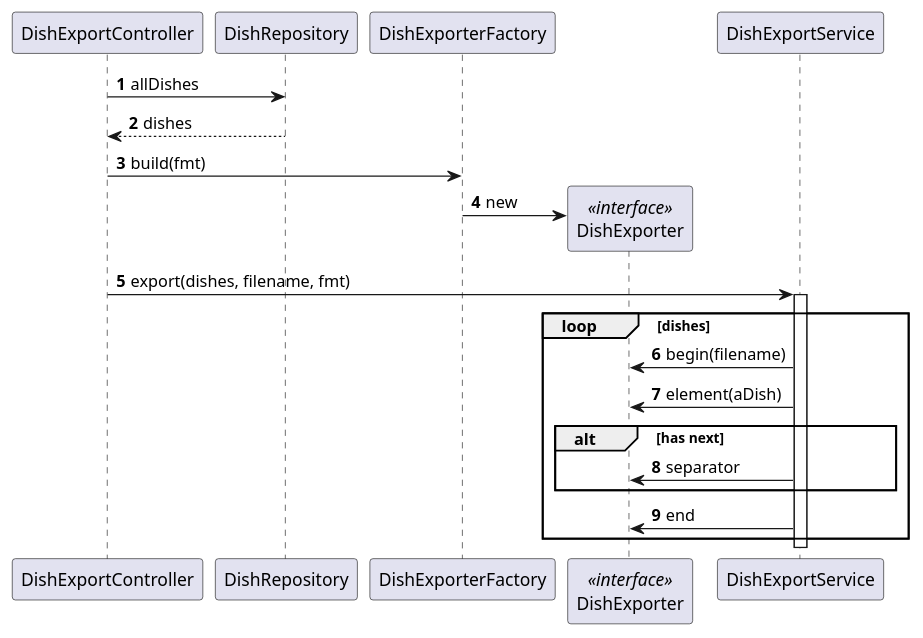
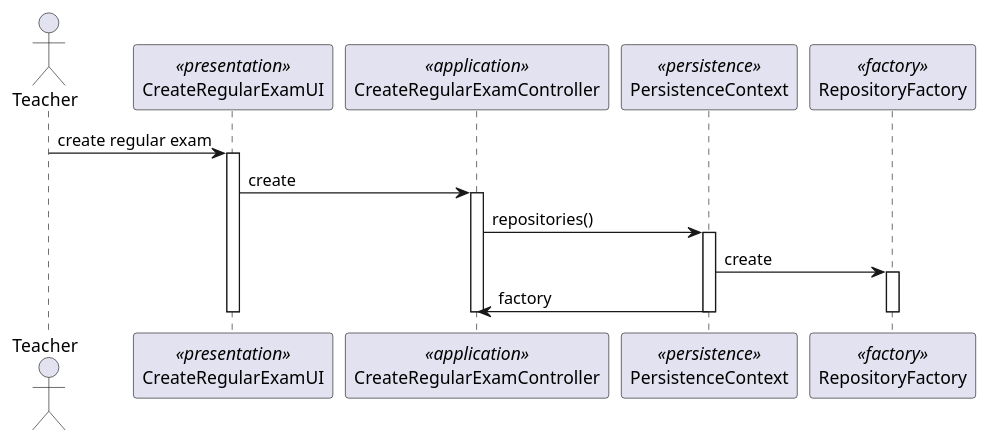
Before and after one commit to jovami/isep-lapr4: the diagram in docs/us_2001/SD.puml, drawn with PlantUML. The commit also changed 13 other files, not shown here.

```diff
--- a/docs/us_2001/SD.puml
+++ b/docs/us_2001/SD.puml
@@ -1,23 +1,34 @@
 @startuml
 'https://plantuml.com/sequence-diagram
 
-autonumber
+actor Teacher as Actor
+participant CreateRegularExamUI as UI <<presentation>>
+participant CreateRegularExamController as controller <<application>>
+participant PersistenceContext as persistence <<persistence>>
+participant RepositoryFactory as factory <<factory>>
 
-DishExportController -> DishRepository:allDishes
-            DishExportController <-- DishRepository: dishes
-           DishExportController -> DishExporterFactory:build(fmt)
-            participant DishExporter <<interface>>
-            create DishExporter
-            DishExporterFactory -> DishExporter: new
-            DishExportController -> DishExportService : export(dishes, filename, fmt)
-            activate DishExportService
-            group loop [dishes]
-            DishExportService -> DishExporter : begin(filename)
-            DishExportService -> DishExporter : element(aDish)
-            group alt [has next]
-            DishExportService -> DishExporter : separator
-            end group
-            DishExportService -> DishExporter : end
-            end group
-            deactivate DishExportService
+Actor -> UI : create regular exam
+
+activate UI
+
+    UI -> controller : create
+    activate controller
+        controller -> persistence : repositories()
+        activate persistence
+            persistence -> factory : create
+            activate factory
+            persistence -> controller : factory
+            deactivate factory
+        deactivate persistence
+
+
+
+    deactivate controller
+
+
+
+deactivate UI
+
+
+
 @enduml
```
